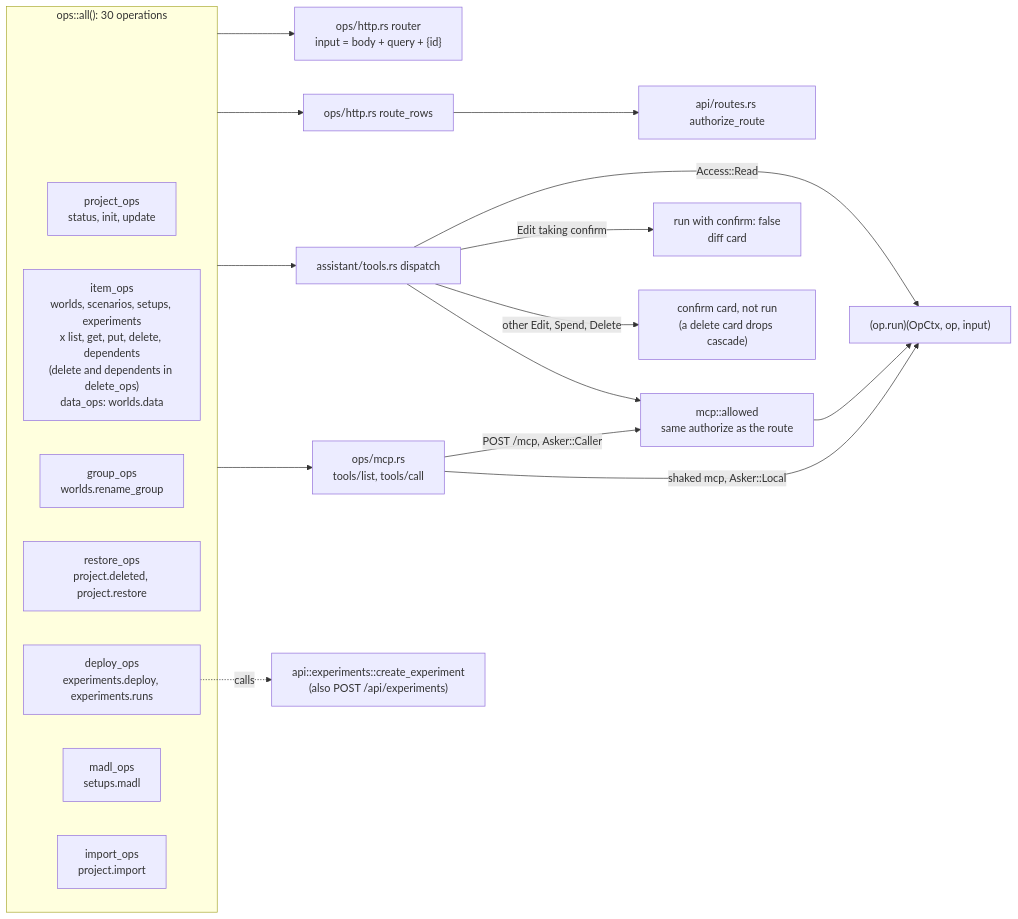
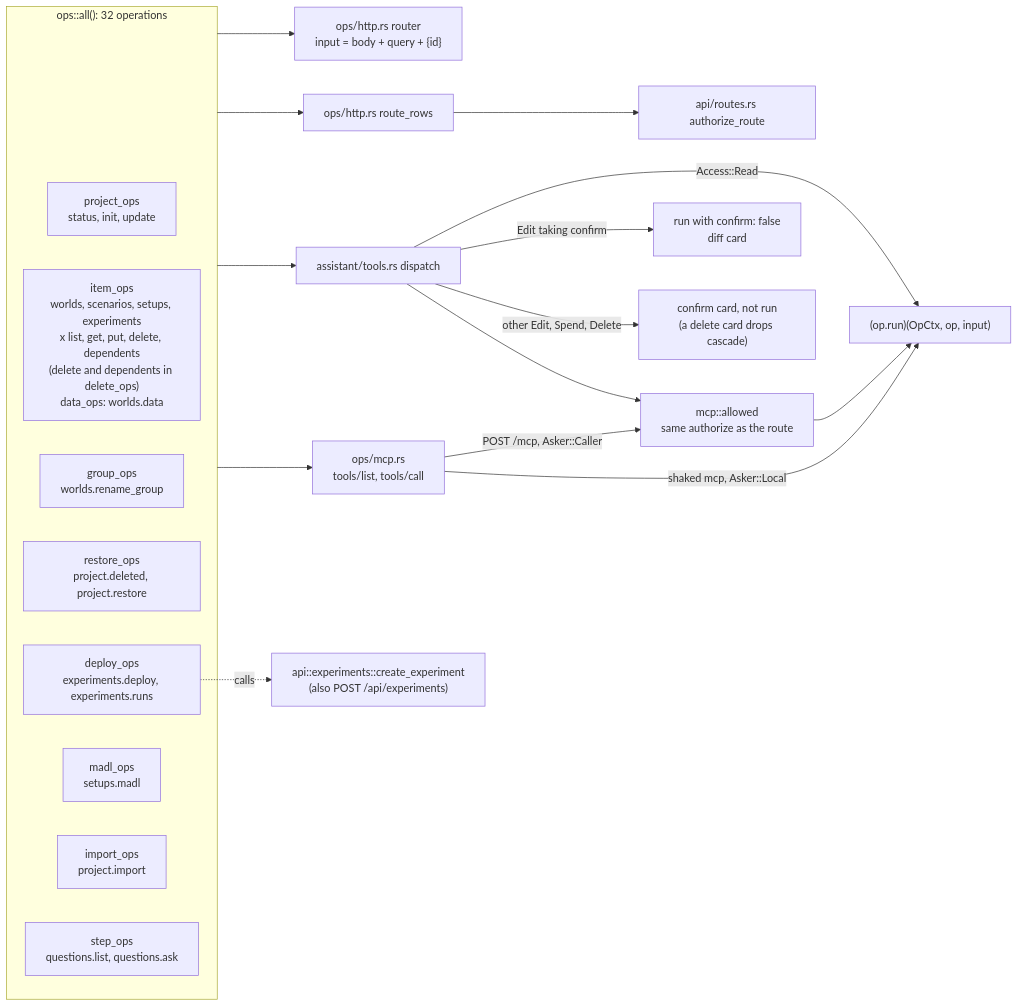
The second of 4 diagrams in docs/internals/api-and-ops.md (CopperTide/Shakedown), drawn with Mermaid before and after one commit. The commit also changed other lines of this file and 27 other files, not shown here.

````diff
--- a/docs/internals/api-and-ops.md
+++ b/docs/internals/api-and-ops.md
@@ -110,25 +110,26 @@
 ```mermaid
 flowchart LR
-    subgraph registry["ops::all(): 30 operations"]
+    subgraph registry["ops::all(): 32 operations"]
       P["project_ops<br/>status, init, update"]
       I["item_ops<br/>worlds, scenarios, setups, experiments<br/>x list, get, put, delete, dependents<br/>(delete and dependents in delete_ops)<br/>data_ops: worlds.data"]
       G["group_ops<br/>worlds.rename_group"]
       R["restore_ops<br/>project.deleted, project.restore"]
       D["deploy_ops<br/>experiments.deploy, experiments.runs"]
       M["madl_ops<br/>setups.madl"]
       X["import_ops<br/>project.import"]
+      Q["step_ops<br/>questions.list, questions.ask"]
     end
     registry --> HTTP["ops/http.rs router<br/>input = body + query + {id}"]
     registry --> ROWS["ops/http.rs route_rows"]
     ROWS --> AR["api/routes.rs authorize_route"]
     registry --> MCP["ops/mcp.rs<br/>tools/list, tools/call"]
     MCP -->|"POST /mcp, Asker::Caller"| AL["mcp::allowed<br/>same authorize as the route"]
     MCP -->|"shaked mcp, Asker::Local"| RUN
     registry --> AS["assistant/tools.rs dispatch"]
     AS --> AL
     AL --> RUN["(op.run)(OpCtx, op, input)"]
     AS -->|"Access::Read"| RUN
     AS -->|"Edit taking confirm"| PROP["run with confirm: false<br/>diff card"]
     AS -->|"other Edit, Spend, Delete"| HOLD["confirm card, not run<br/>(a delete card drops cascade)"]
     D -.->|calls| CE["api::experiments::create_experiment<br/>(also POST /api/experiments)"]
 ```
````
